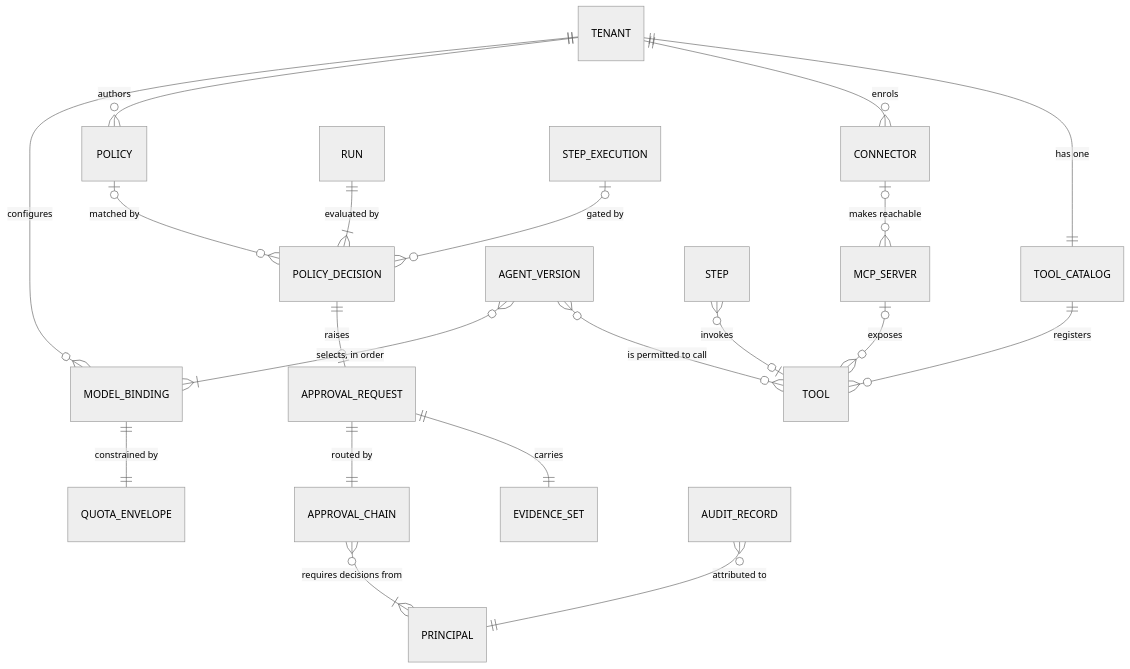
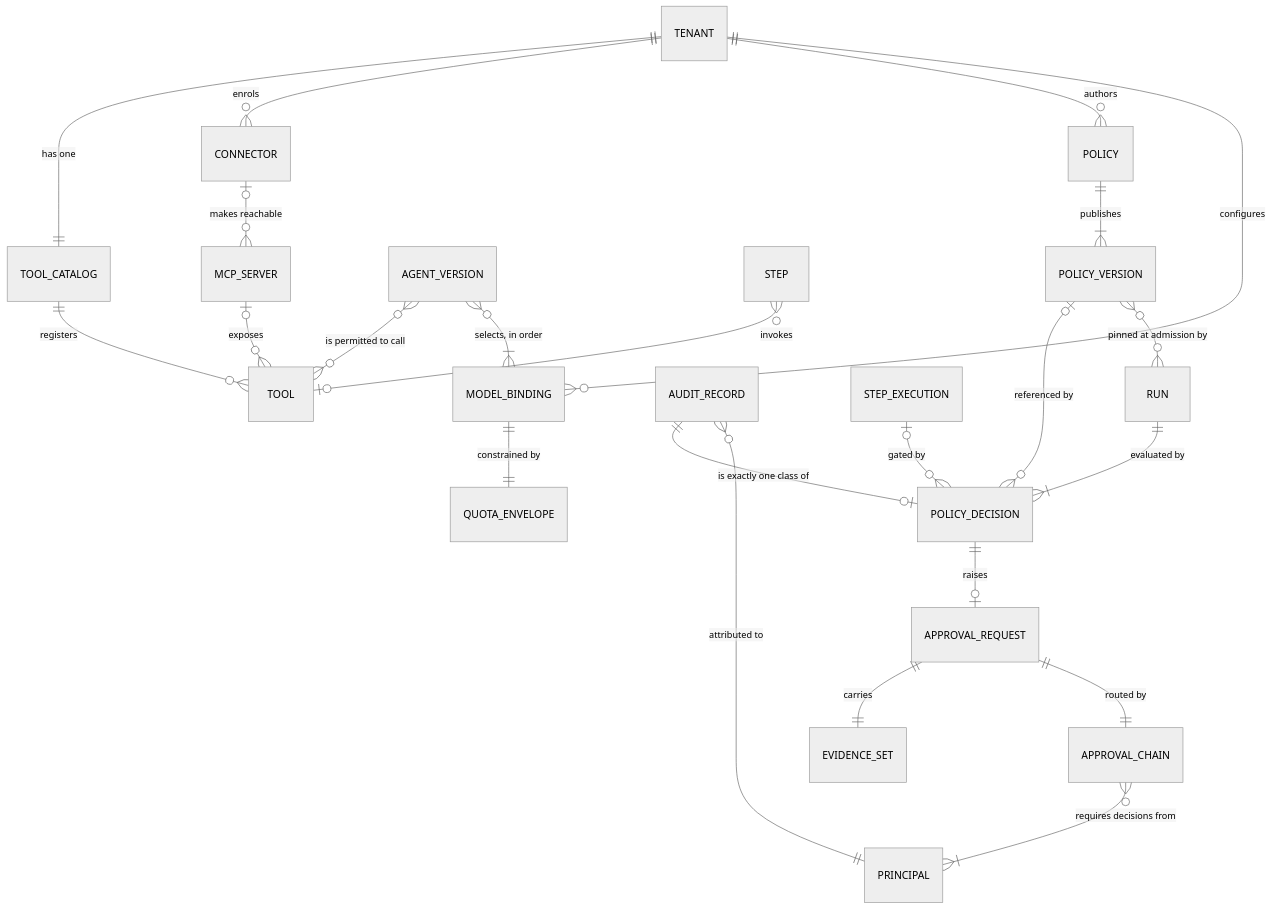
The second of 2 diagrams in docs/20-domain/domain-model.md (ayesigapaul/orchestra), drawn with Mermaid (neutral theme) before and after one commit. The commit also changed other lines of this file and 17 other files, not shown here.

````diff
--- a/docs/20-domain/domain-model.md
+++ b/docs/20-domain/domain-model.md
@@ -226,22 +272,25 @@
 ```mermaid
 erDiagram
   TENANT ||--|| TOOL_CATALOG : "has one"
   TOOL_CATALOG ||--o{ TOOL : "registers"
   MCP_SERVER |o--o{ TOOL : "exposes"
   CONNECTOR |o--o{ MCP_SERVER : "makes reachable"
   TENANT ||--o{ CONNECTOR : "enrols"
   AGENT_VERSION }o--o{ TOOL : "is permitted to call"
   STEP }o--o| TOOL : "invokes"
   TENANT ||--o{ POLICY : "authors"
-  POLICY |o--o{ POLICY_DECISION : "matched by"
+  POLICY ||--|{ POLICY_VERSION : "publishes"
+  POLICY_VERSION |o--o{ POLICY_DECISION : "referenced by"
+  POLICY_VERSION }o--o{ RUN : "pinned at admission by"
+  AUDIT_RECORD ||--o| POLICY_DECISION : "is exactly one class of"
   RUN ||--|{ POLICY_DECISION : "evaluated by"
   STEP_EXECUTION |o--o{ POLICY_DECISION : "gated by"
   POLICY_DECISION ||--o| APPROVAL_REQUEST : "raises"
   APPROVAL_REQUEST ||--|| EVIDENCE_SET : "carries"
   APPROVAL_REQUEST ||--|| APPROVAL_CHAIN : "routed by"
   APPROVAL_CHAIN }o--|{ PRINCIPAL : "requires decisions from"
   TENANT ||--o{ MODEL_BINDING : "configures"
   MODEL_BINDING ||--|| QUOTA_ENVELOPE : "constrained by"
   AGENT_VERSION }o--|{ MODEL_BINDING : "selects, in order"
   AUDIT_RECORD }o--|| PRINCIPAL : "attributed to"
 ```
````
